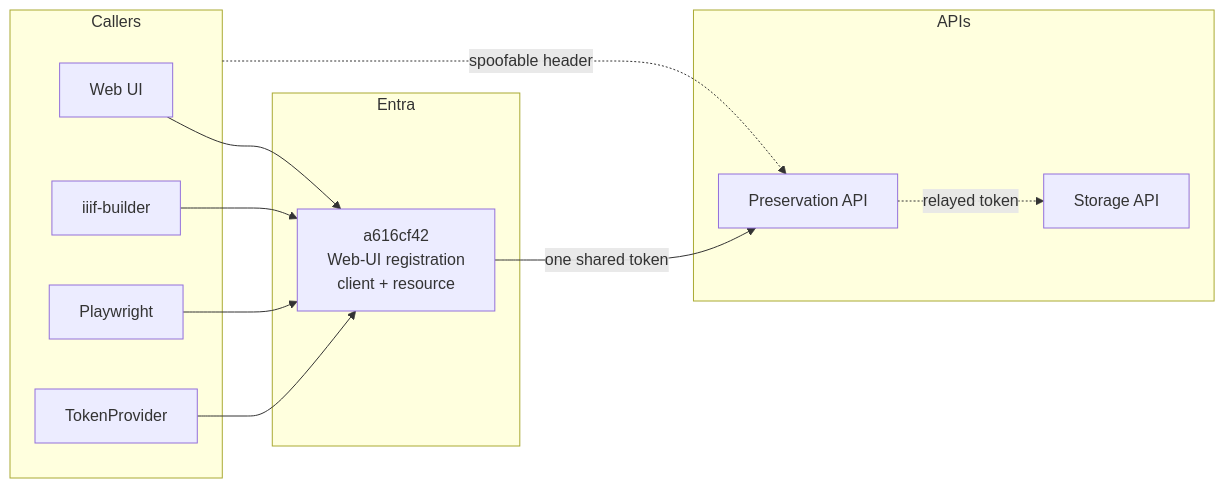
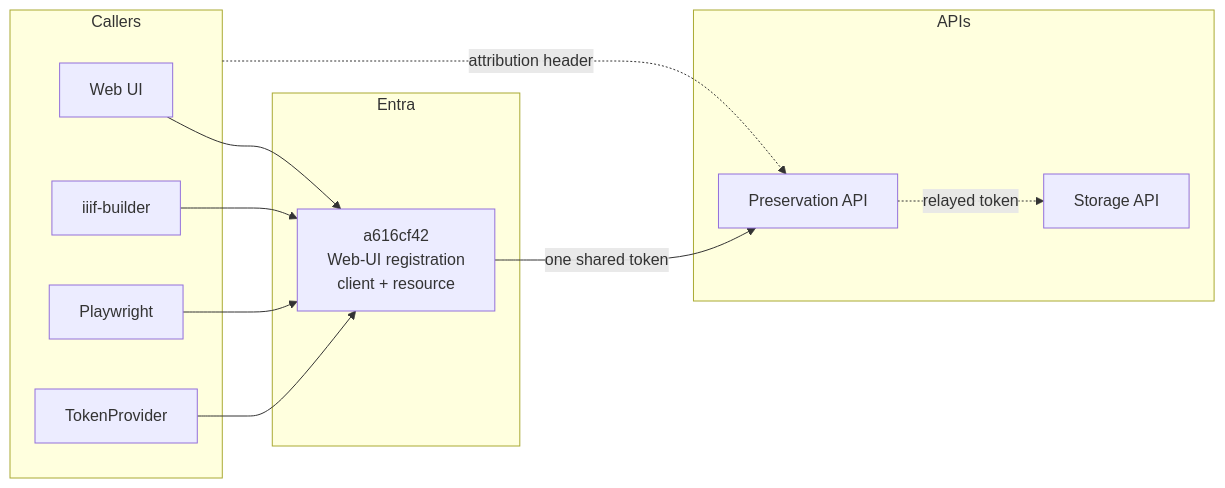
Before and after one commit to digirati-co-uk/digital-preservation: the first of 3 diagrams in docs/rfc-0001-lpii166-comparison.md, drawn with Mermaid. The commit also changed other lines of this file, not shown here.

````diff
--- a/docs/rfc-0001-lpii166-comparison.md
+++ b/docs/rfc-0001-lpii166-comparison.md
@@ -31,26 +33,26 @@
 ```mermaid
 flowchart LR
     subgraph CALLERS ["Callers"]
         UI["Web UI"]
         IIIF["iiif-builder"]
         PW["Playwright"]
         SVC["TokenProvider"]
     end
 
     subgraph ENTRA ["Entra"]
         A616["a616cf42<br/>Web-UI registration<br/>client + resource"]
     end
 
     subgraph APIS ["APIs"]
         PRES["Preservation API"]
         STOR["Storage API"]
     end
 
     UI --> A616
     IIIF --> A616
     PW --> A616
     SVC --> A616
     A616 -->|"one shared token"| PRES
     PRES -.->|"relayed token"| STOR
-    CALLERS -.->|"spoofable header"| PRES
+    CALLERS -.->|"attribution header"| PRES
 ```
````
